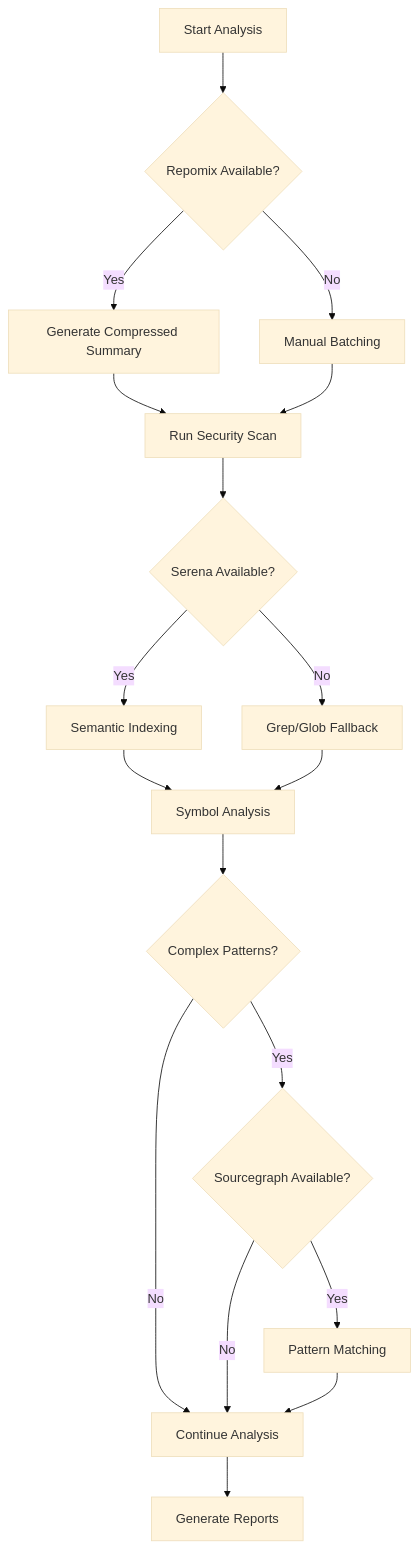
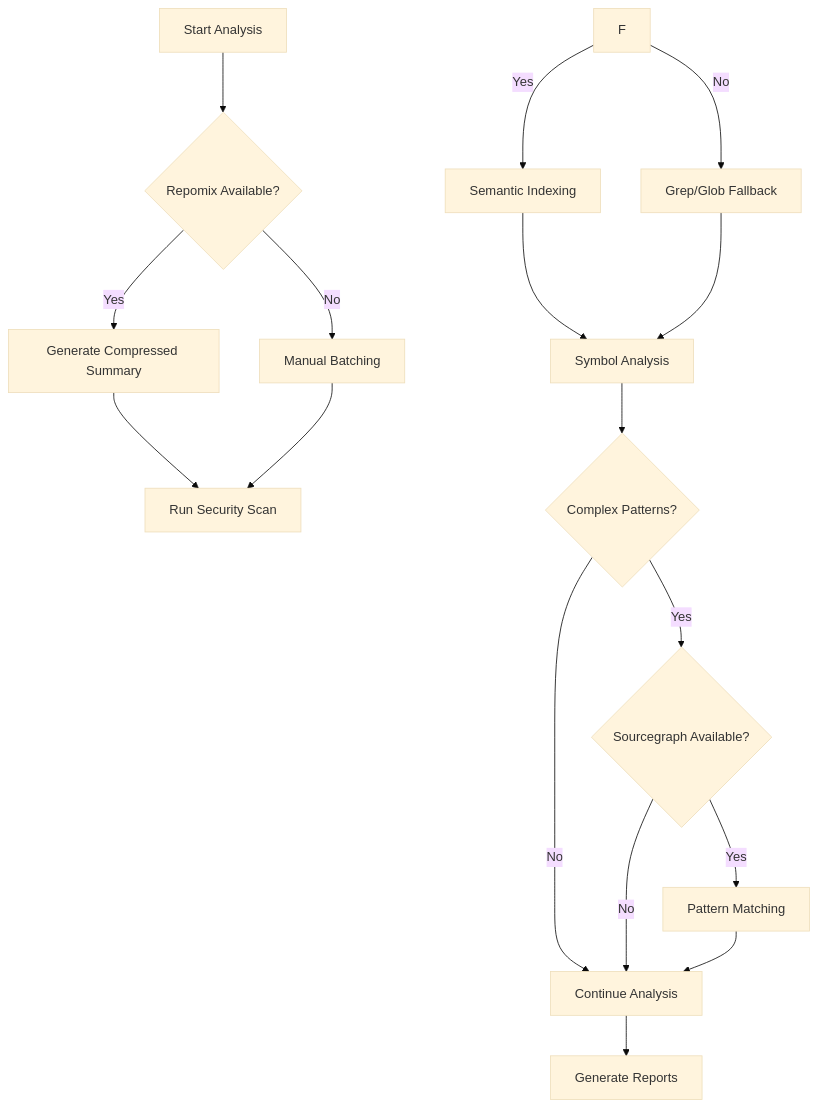
One commit to jpount/doc-diagram-gen changed the diagram in framework/docs/MCP_USAGE_GUIDE.md. Above: the diagram before and after it, drawn with Mermaid (base theme). The commit also changed other lines of this file and 98 other files, not shown here.

````diff
--- a/framework/docs/MCP_USAGE_GUIDE.md
+++ b/framework/docs/MCP_USAGE_GUIDE.md
@@ -184,20 +173,19 @@
 ```mermaid
 graph TD
     A[Start Analysis] --> B{Repomix Available?}
     B -->|Yes| C[Generate Compressed Summary]
     B -->|No| D[Manual Batching]
     C --> E[Run Security Scan]
     D --> E
-    E --> F{Serena Available?}
     F -->|Yes| G[Semantic Indexing]
     F -->|No| H[Grep/Glob Fallback]
     G --> I[Symbol Analysis]
     H --> I
     I --> J{Complex Patterns?}
     J -->|Yes| K{Sourcegraph Available?}
     J -->|No| M[Continue Analysis]
     K -->|Yes| L[Pattern Matching]
     K -->|No| M
     L --> M
     M --> N[Generate Reports]
 ```
````
